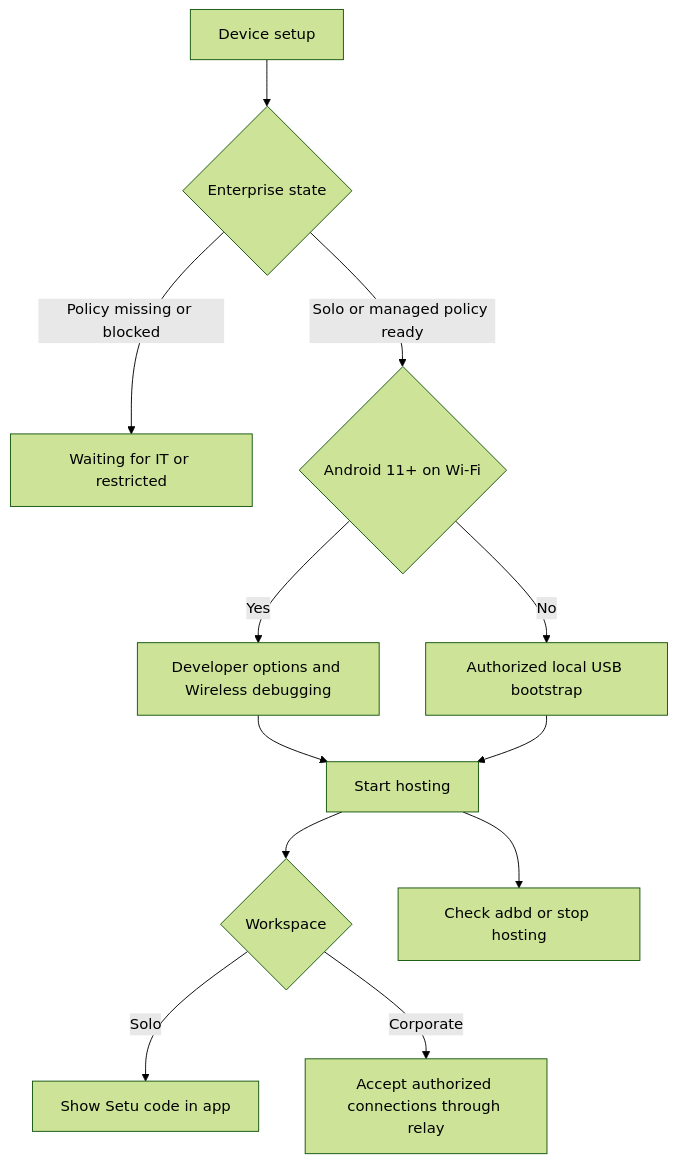
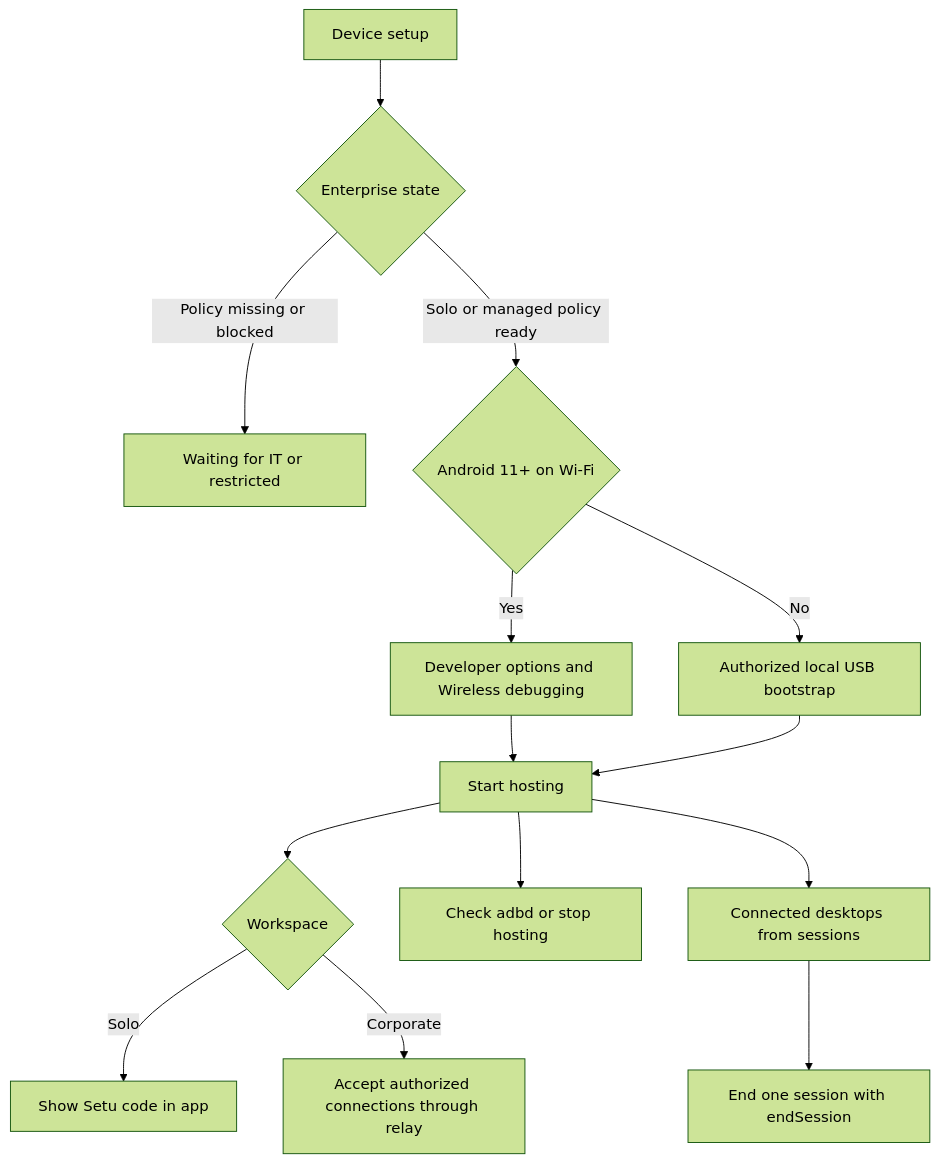
One commit to SumukhaK/Setu-mobile changed the diagram in docs/SCREENS.md. Above: the diagram before and after it, drawn with Mermaid (forest theme). The commit also changed other lines of this file and 1 other file, not shown here.

````diff
--- a/docs/SCREENS.md
+++ b/docs/SCREENS.md
@@ -35,14 +36,16 @@
 ```mermaid
 flowchart TB
     A[Device setup] --> B{Enterprise state}
     B -->|Policy missing or blocked| M[Waiting for IT or restricted]
     B -->|Solo or managed policy ready| C{Android 11+ on Wi-Fi}
     C -->|Yes| D[Developer options and Wireless debugging]
     C -->|No| E[Authorized local USB bootstrap]
     D --> F[Start hosting]
     E --> F
     F --> G{Workspace}
     G -->|Solo| H[Show Setu code in app]
     G -->|Corporate| I[Accept authorized connections through relay]
     F --> J[Check adbd or stop hosting]
+    F --> K[Connected desktops from sessions]
+    K --> L[End one session with endSession]
 ```
````
